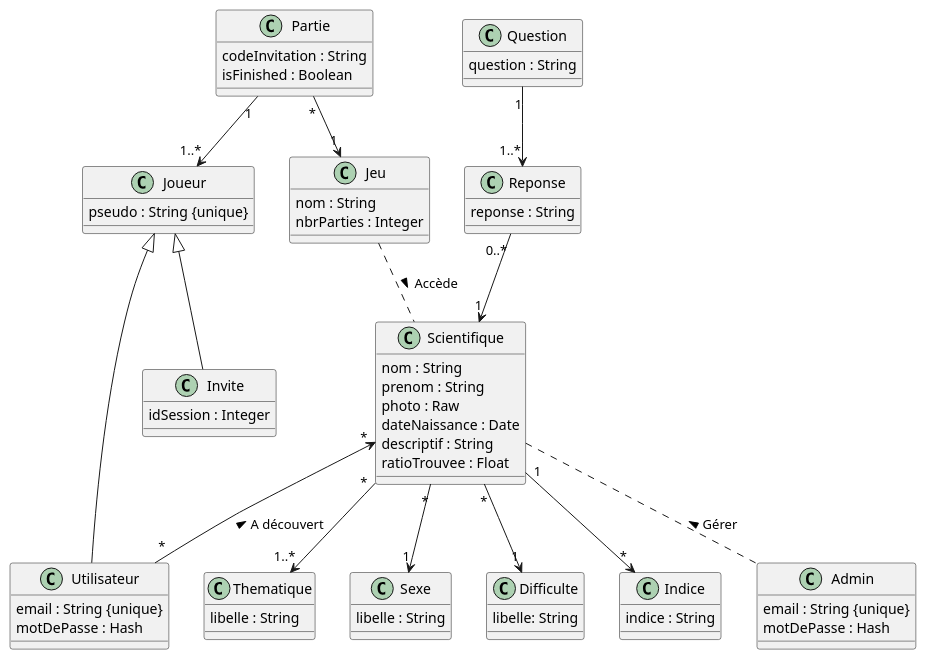
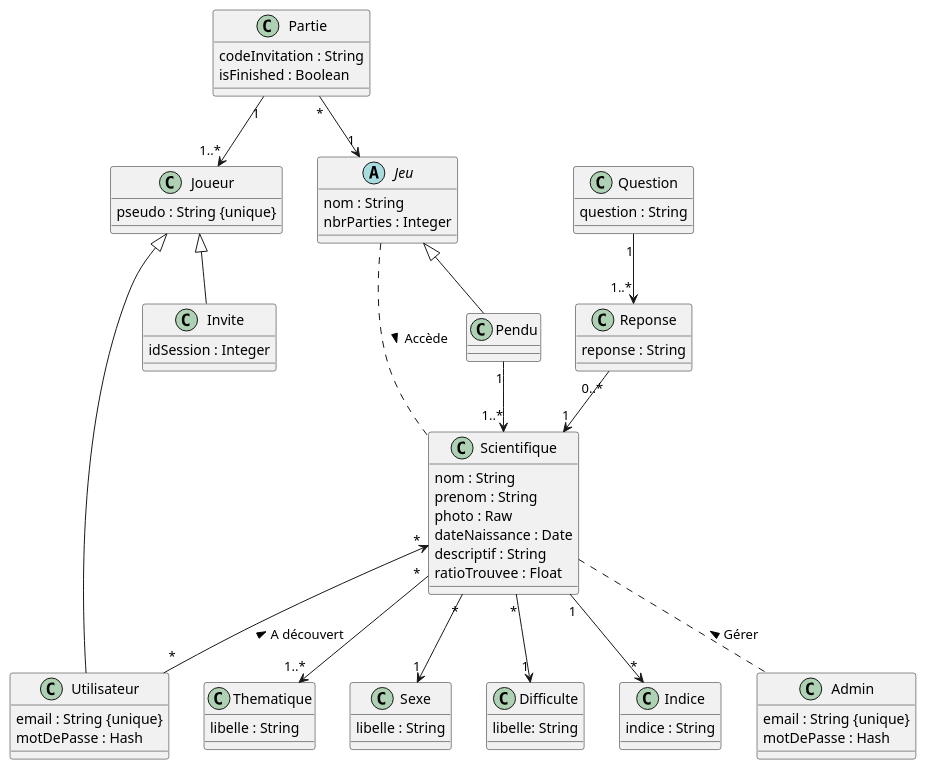
Before and after one commit to JdAlix/ScienceQuest: the diagram in project/Docs/classe/classDiagram.md, drawn with PlantUML.

Commit message:
Ajout classe Pendu et passage de Jeu en abstract

````diff
--- a/project/Docs/classe/classDiagram.md
+++ b/project/Docs/classe/classDiagram.md
@@ -1,5 +1,3 @@
-```plantuml 
-
 @startuml "BDD"
 
 class Scientifique{
@@ -67,12 +65,16 @@
     motDePasse : Hash
 }
 
-class Jeu{
+abstract class Jeu{
     nom : String
     nbrParties : Integer
 }
 
 Jeu .. Scientifique  : Accède >
+
+class Pendu extends Jeu
+
+Pendu "1" --> "1..*" Scientifique
 
 class Partie{
     codeInvitation : String
@@ -84,4 +86,3 @@
 Partie "1" --> "1..*" Joueur
 
 @enduml
-```
````
